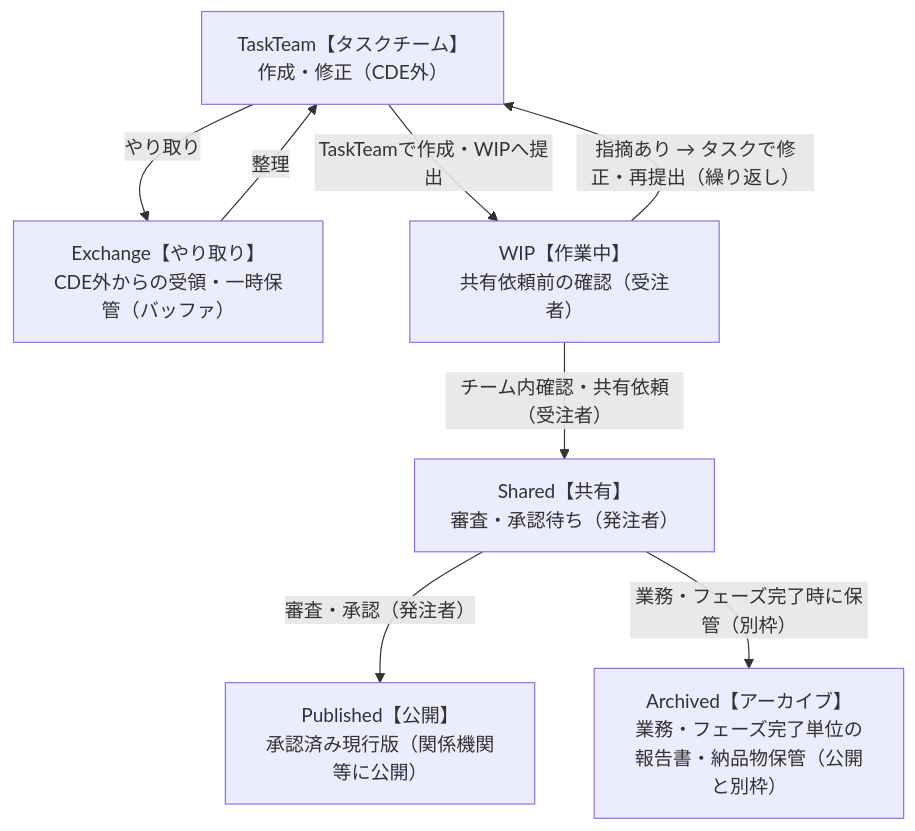
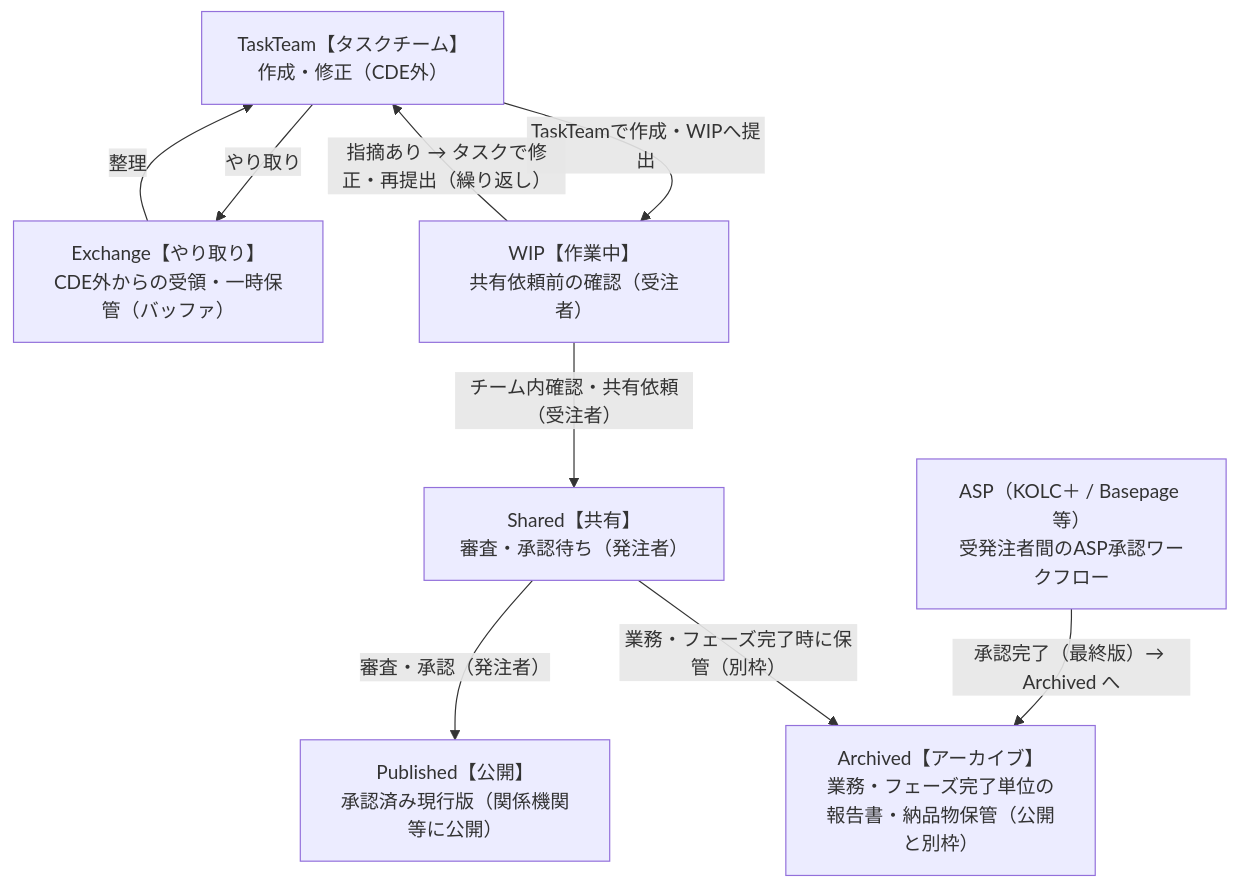
Before and after one commit to yamamoto-ryuzo/portal: the second of 3 diagrams in プロジェクトCDE/index.md, drawn with Mermaid. The commit also changed other lines of this file and 1 other file, not shown here.

````diff
--- a/プロジェクトCDE/index.md
+++ b/プロジェクトCDE/index.md
@@ -861,17 +861,19 @@
 ```mermaid
 flowchart TD
     TT["TaskTeam【タスクチーム】<br/>作成・修正（CDE外）"]
     EX["Exchange【やり取り】<br/>CDE外からの受領・一時保管（バッファ）"]
     WIP["WIP【作業中】<br/>共有依頼前の確認（受注者）"]
     SH["Shared【共有】<br/>審査・承認待ち（発注者）"]
     PB["Published【公開】<br/>承認済み現行版（関係機関等に公開）"]
     AR["Archived【アーカイブ】<br/>業務・フェーズ完了単位の<br/>報告書・納品物保管（公開と別枠）"]
+    ASP["ASP（KOLC＋ / Basepage 等）<br/>受発注者間のASP承認ワークフロー"]
 
     TT -->|"やり取り"| EX
     TT -->|"TaskTeamで作成・WIPへ提出"| WIP
     EX -->|"整理"| TT
     WIP -->|"指摘あり → タスクで修正・再提出（繰り返し）"| TT
     WIP -->|"チーム内確認・共有依頼（受注者）"| SH
     SH -->|"審査・承認（発注者）"| PB
+    ASP -->|"承認完了（最終版）→ Archived へ"| AR
     SH -->|"業務・フェーズ完了時に保管（別枠）"| AR
 ```
````
